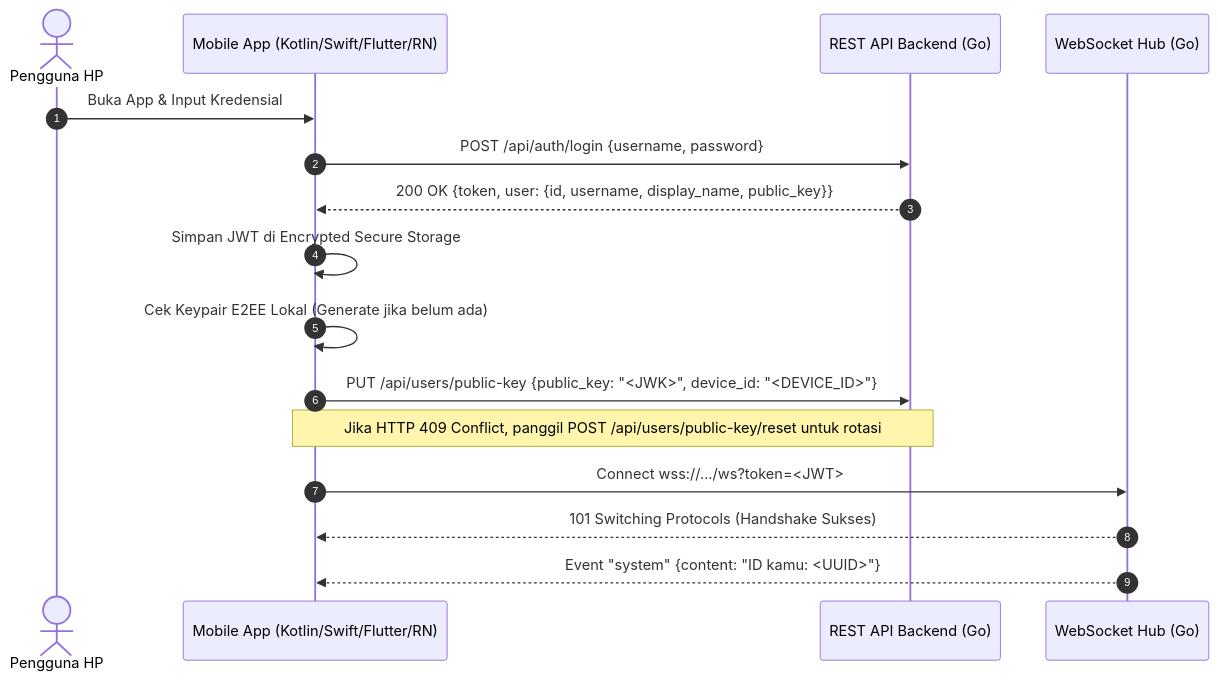
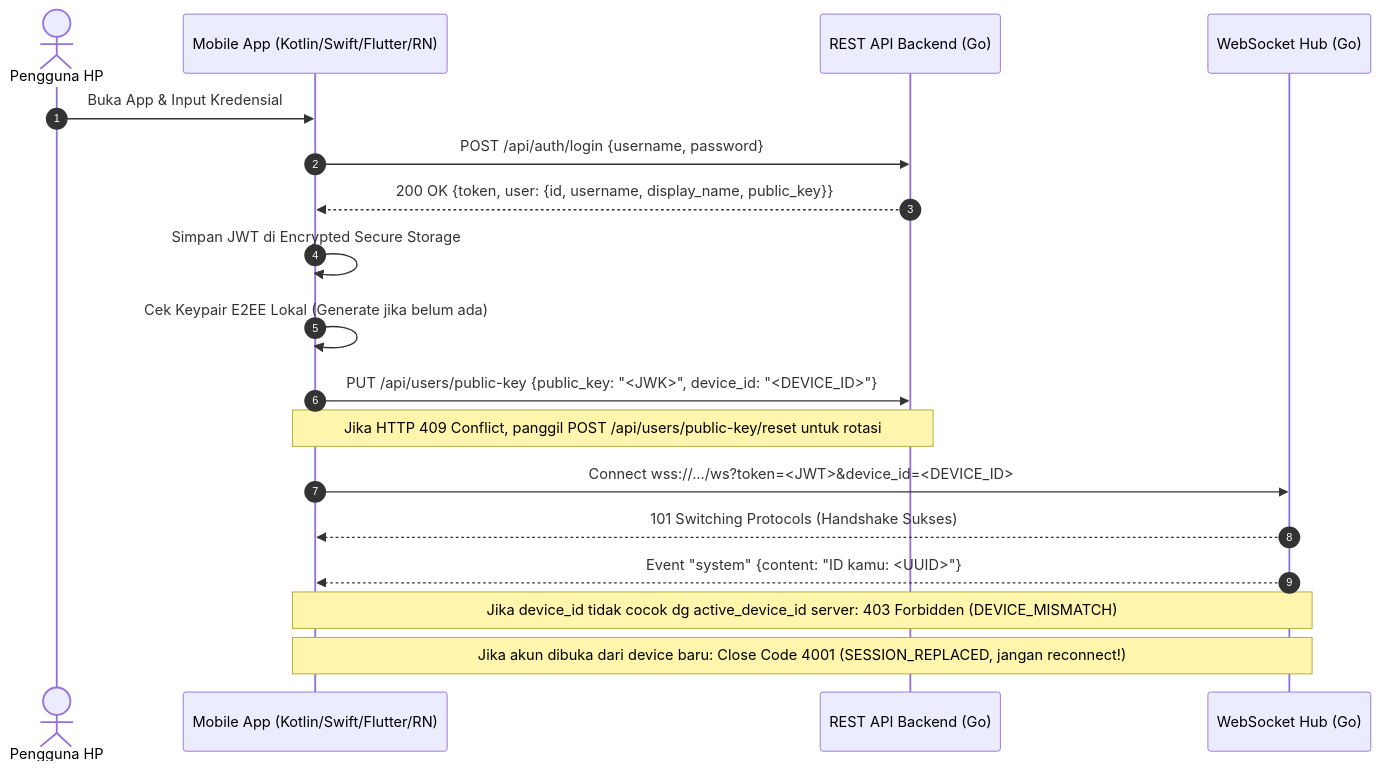
One commit to mhdarifsetiawan01/wuzz-chat changed the diagram in docs/MOBILE_INTEGRATION_GUIDE.md. Above: the diagram before and after it, drawn with Mermaid. The commit also changed other lines of this file and 14 other files, not shown here.

First line of the commit message:
feat(ws,e2ee): enforce device_id handshake gatekeeper and harden transfer flow against slow server latency

````diff
--- a/docs/MOBILE_INTEGRATION_GUIDE.md
+++ b/docs/MOBILE_INTEGRATION_GUIDE.md
@@ -28,19 +28,21 @@
 ```mermaid
 sequenceDiagram
     autonumber
     actor User as Pengguna HP
     participant App as Mobile App (Kotlin/Swift/Flutter/RN)
     participant REST as REST API Backend (Go)
     participant WS as WebSocket Hub (Go)
 
     User->>App: Buka App & Input Kredensial
     App->>REST: POST /api/auth/login {username, password}
     REST-->>App: 200 OK {token, user: {id, username, display_name, public_key}}
     App->>App: Simpan JWT di Encrypted Secure Storage
     App->>App: Cek Keypair E2EE Lokal (Generate jika belum ada)
     App->>REST: PUT /api/users/public-key {public_key: "<JWK>", device_id: "<DEVICE_ID>"}
     Note over App,REST: Jika HTTP 409 Conflict, panggil POST /api/users/public-key/reset untuk rotasi
-    App->>WS: Connect wss://.../ws?token=<JWT>
+    App->>WS: Connect wss://.../ws?token=<JWT>&device_id=<DEVICE_ID>
     WS-->>App: 101 Switching Protocols (Handshake Sukses)
     WS-->>App: Event "system" {content: "ID kamu: <UUID>"}
+    Note over App,WS: Jika device_id tidak cocok dg active_device_id server: 403 Forbidden (DEVICE_MISMATCH)
+    Note over App,WS: Jika akun dibuka dari device baru: Close Code 4001 (SESSION_REPLACED, jangan reconnect!)
 ```
````
